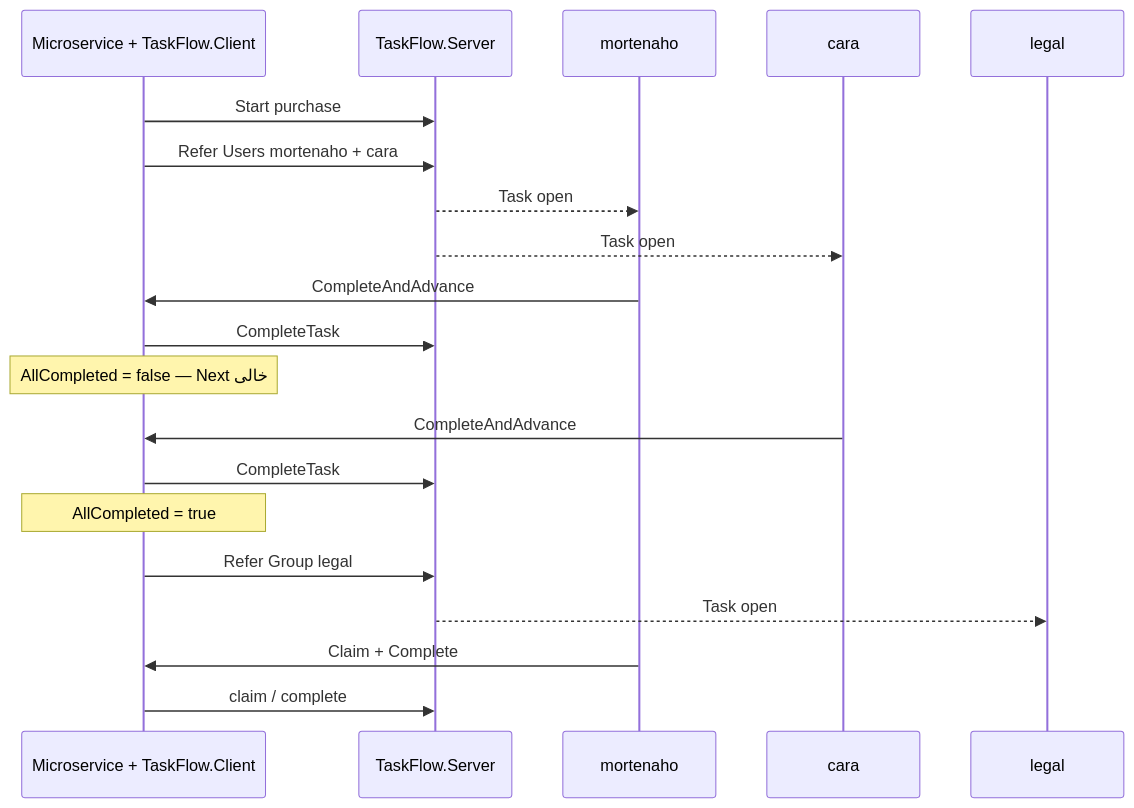
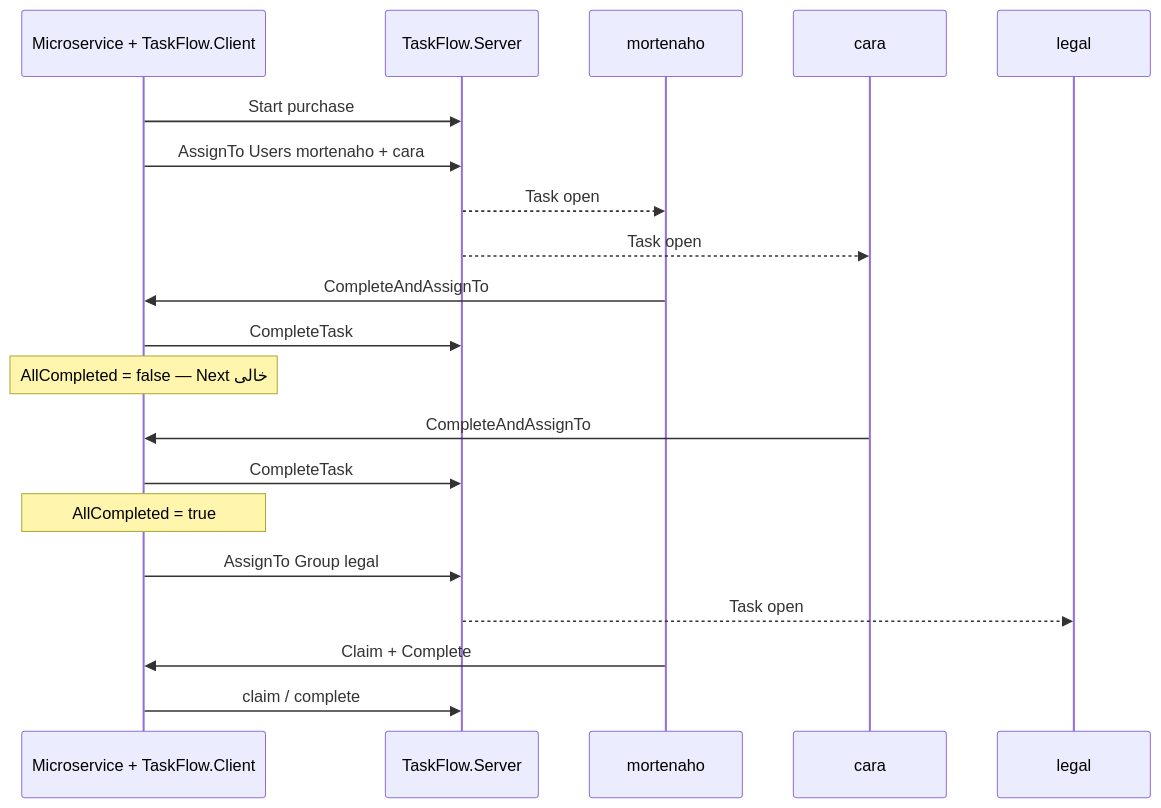
One commit to mortenaho/WorkFlowEngine changed the fourth of 4 diagrams in docs/usage.md. Above: the diagram before and after it, drawn with Mermaid. The commit also changed other lines of this file and 25 other files, not shown here.

````diff
--- a/docs/usage.md
+++ b/docs/usage.md
@@ -254,23 +254,23 @@
 ```mermaid
 sequenceDiagram
     participant MS as Microservice + TaskFlow.Client
     participant Srv as TaskFlow.Server
     participant M as mortenaho
     participant C as cara
     participant L as legal
 
     MS->>Srv: Start purchase
-    MS->>Srv: Refer Users mortenaho + cara
+    MS->>Srv: AssignTo Users mortenaho + cara
     Srv-->>M: Task open
     Srv-->>C: Task open
-    M->>MS: CompleteAndAdvance
+    M->>MS: CompleteAndAssignTo
     MS->>Srv: CompleteTask
     Note over MS: AllCompleted = false — Next خالی
-    C->>MS: CompleteAndAdvance
+    C->>MS: CompleteAndAssignTo
     MS->>Srv: CompleteTask
     Note over MS: AllCompleted = true
-    MS->>Srv: Refer Group legal
+    MS->>Srv: AssignTo Group legal
     Srv-->>L: Task open
     M->>MS: Claim + Complete
     MS->>Srv: claim / complete
 ```
````
